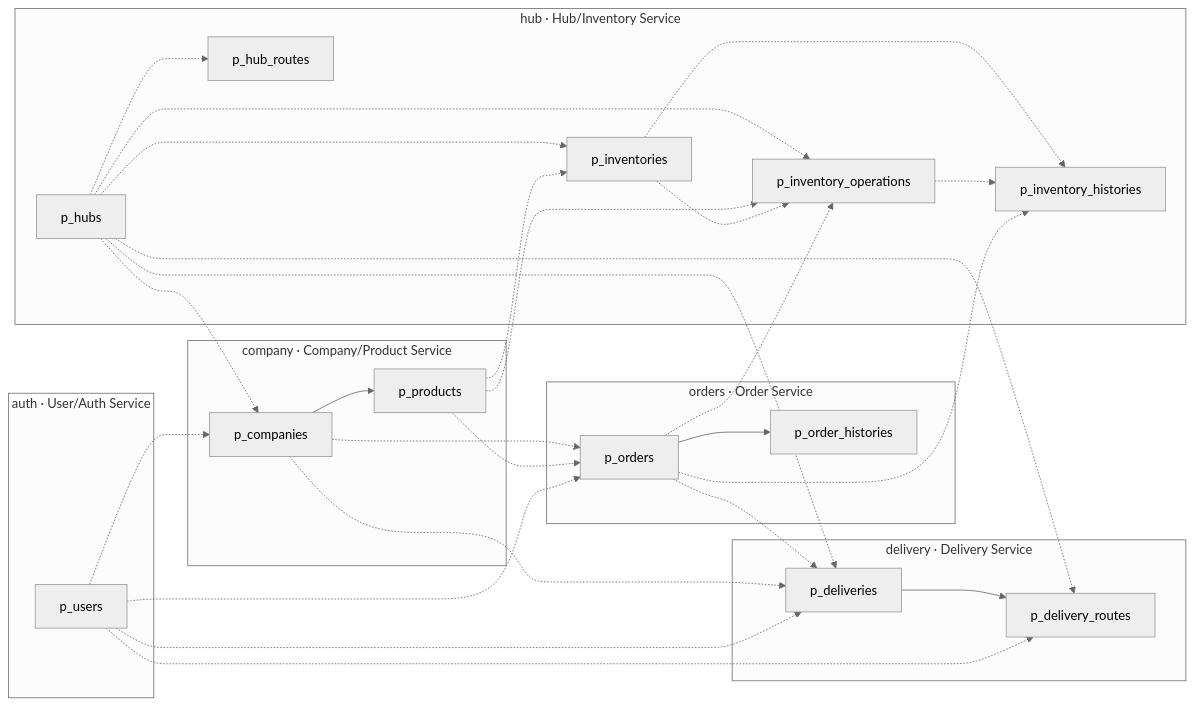
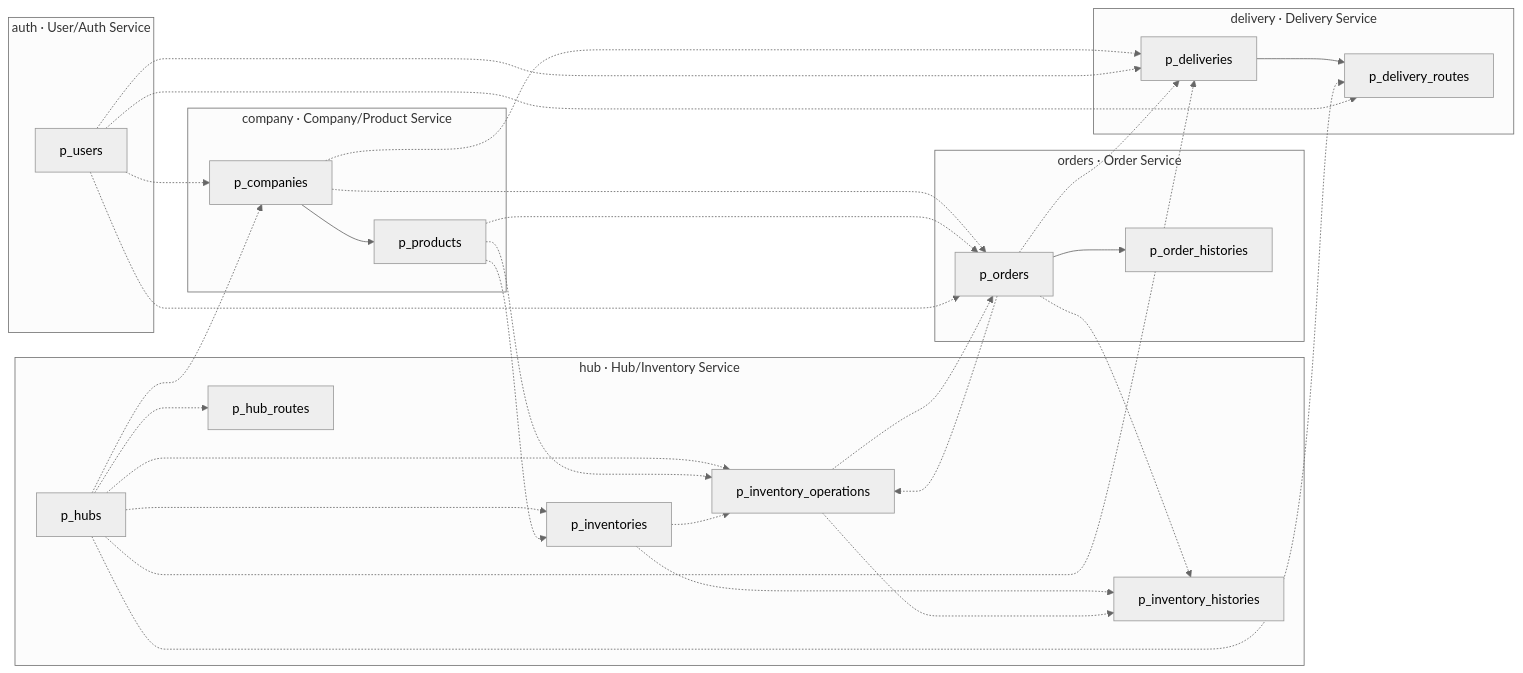
The first of 2 diagrams in docs/design/05 ERD.md (01Commit10/sparta-logistics), drawn with Mermaid (neutral theme) before and after one commit. The commit also changed other lines of this file, not shown here.

Commit message:
[DOCS] ERD 문서를 엔티티 코드 기준으로 수정

````diff
--- a/docs/design/05 ERD.md
+++ b/docs/design/05 ERD.md
@@ -36,59 +36,60 @@
 ```mermaid
 flowchart LR
     subgraph AUTH["auth · User/Auth Service"]
         users[p_users]
     end
 
     subgraph HUB["hub · Hub/Inventory Service"]
         hubs[p_hubs]
         hub_routes[p_hub_routes]
         inventories[p_inventories]
         inv_op[p_inventory_operations]
         inv_hist[p_inventory_histories]
     end
 
     subgraph COMPANY["company · Company/Product Service"]
         companies[p_companies]
         products[p_products]
     end
 
     subgraph ORDERS["orders · Order Service"]
         orders[p_orders]
         order_hist[p_order_histories]
     end
 
     subgraph DELIVERY["delivery · Delivery Service"]
         deliveries[p_deliveries]
         dlv_routes[p_delivery_routes]
     end
 
     %% FK (같은 스키마)
     companies --> products
     orders --> order_hist
     deliveries --> dlv_routes
 
     %% REF (Hub 내부도 UUID만 저장하며 실제 FK 없음)
     hubs -.-> hub_routes
     hubs -.-> inventories
     hubs -.-> inv_op
     products -.-> inv_op
     inventories -.-> inv_op
     inventories -.-> inv_hist
     inv_op -.-> inv_hist
     orders -.-> inv_op
     orders -.-> inv_hist
+    inv_op -.-> orders
 
     %% REF (서비스 간)
     products -.-> inventories
     hubs -.-> companies
     users -.-> companies
     companies -.-> orders
     products -.-> orders
     users -.-> orders
     orders -.-> deliveries
     companies -.-> deliveries
     hubs -.-> deliveries
     users -.-> deliveries
     hubs -.-> dlv_routes
     users -.-> dlv_routes
 ```
````
